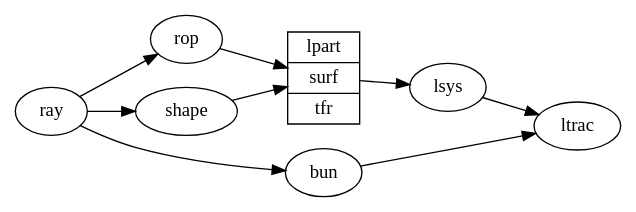
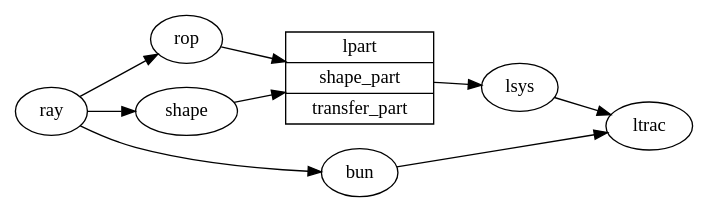
One commit to thomashoullier/robintrace-arch changed the diagram in images/arch/overview/overview.dot. Above: the diagram before and after it, drawn with Graphviz. The commit also changed 4 other files, not shown here.

```diff
--- a/images/arch/overview/overview.dot
+++ b/images/arch/overview/overview.dot
@@ -1,13 +1,13 @@
 digraph {
 rankdir="LR"
 ray -> rop
 ray -> bun
 nshape [label="shape"]
 ray -> nshape
 
-lpart [shape=record, label="lpart | surf | tfr"]
+lpart [shape=record, label="lpart | shape_part | transfer_part"]
 {rop,nshape} -> lpart
 
 lpart -> lsys
 {lsys,bun} -> ltrac
 }
```
